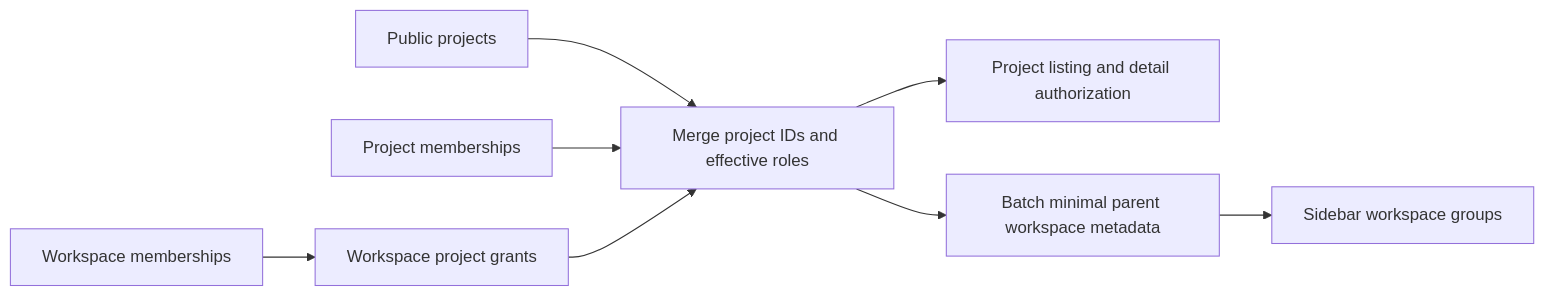
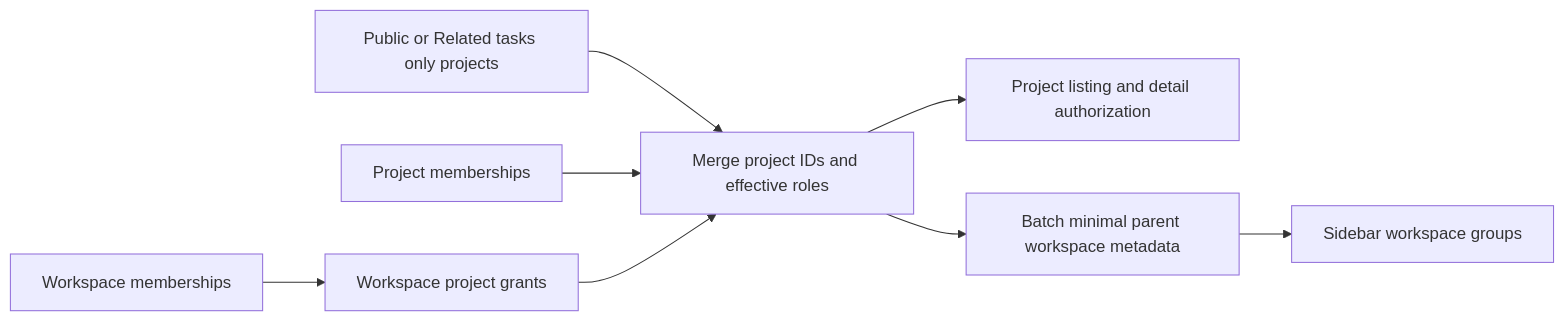
Before and after one commit to wecode-ai/wegent-docs: the diagram in docs/developer-guide/project-visibility.md, drawn with Mermaid. The commit also changed other lines of this file and 3 other files, not shown here.

````diff
--- a/docs/developer-guide/project-visibility.md
+++ b/docs/developer-guide/project-visibility.md
@@ -15,10 +18,10 @@
 ```mermaid
 flowchart LR
-    A[Public projects] --> D[Merge project IDs and effective roles]
+    A[Public or Related tasks only projects] --> D[Merge project IDs and effective roles]
     B[Project memberships] --> D
     C[Workspace memberships] --> E[Workspace project grants]
     E --> D
     D --> F[Project listing and detail authorization]
     D --> G[Batch minimal parent workspace metadata]
     G --> H[Sidebar workspace groups]
 ```
````
